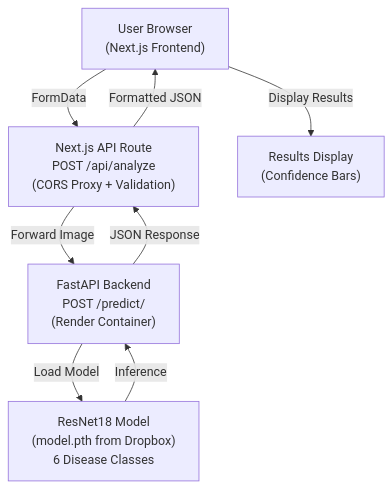
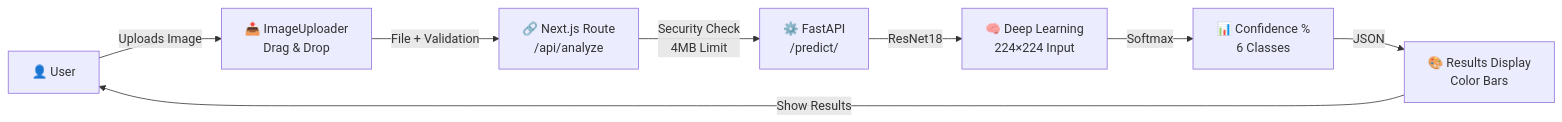
Before and after one commit to itssmdsh/MediScan: the first of 5 diagrams in DOCUMENTATION.md, drawn with Mermaid. The commit also changed other lines of this file, not shown here.

````diff
--- a/DOCUMENTATION.md
+++ b/DOCUMENTATION.md
@@ -19,10 +20,10 @@
 ```mermaid
-graph TD
-    A["User Browser<br/>(Next.js Frontend)"] -->|FormData| B["Next.js API Route<br/>POST /api/analyze<br/>(CORS Proxy + Validation)"]
-    B -->|Forward Image| C["FastAPI Backend<br/>POST /predict/<br/>(Render Container)"]
-    C -->|Load Model| D["ResNet18 Model<br/>(model.pth from Dropbox)<br/>6 Disease Classes"]
-    D -->|Inference| C
-    C -->|JSON Response| B
-    B -->|Formatted JSON| A
-    A -->|Display Results| E["Results Display<br/>(Confidence Bars)"]
+graph LR
+    User["👤 User"] -->|Uploads Image| Upload["📤 ImageUploader<br/>Drag & Drop"]
+    Upload -->|File + Validation| API["🔗 Next.js Route<br/>/api/analyze"]
+    API -->|Security Check<br/>4MB Limit| ML["⚙️ FastAPI<br/>/predict/"]
+    ML -->|ResNet18| Model["🧠 Deep Learning<br/>224×224 Input"]
+    Model -->|Softmax| Results["📊 Confidence %<br/>6 Classes"]
+    Results -->|JSON| Display["🎨 Results Display<br/>Color Bars"]
+    Display -->|Show Results| User
 ```
````
